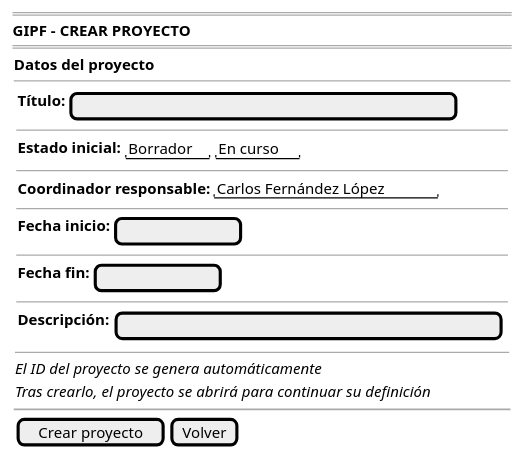
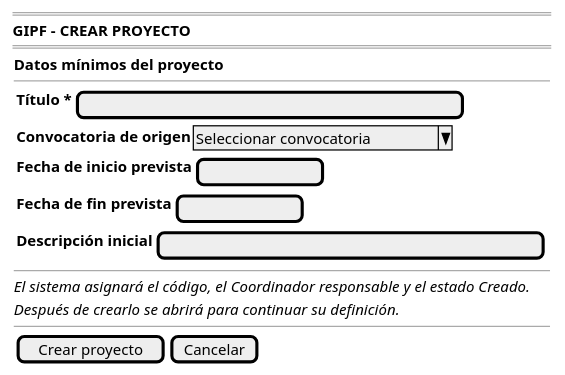
Before and after one commit to beatriizorozco/25-26-idsw2-sdVC: the diagram in RUP/00-casos-uso/02-detalle/coordinador/crearProyecto/prototipo.puml, drawn with PlantUML. The commit also changed 38 other files, not shown here.

```diff
--- a/RUP/00-casos-uso/02-detalle/coordinador/crearProyecto/prototipo.puml
+++ b/RUP/00-casos-uso/02-detalle/coordinador/crearProyecto/prototipo.puml
@@ -1,34 +1,23 @@
 @startsalt crearProyecto-wireframe
 {
     ====
     <b>GIPF - CREAR PROYECTO</b>
     ====
     {
-        <b>Datos del proyecto</b>
+        <b>Datos mínimos del proyecto</b>
         --
         {
-            {
-            {<b>Título:</b> | [                                      ]}
-            --
-            {<b>Estado inicial:</b> | { "Borrador" | "En curso" }}
-            --
-            {<b>Coordinador responsable:</b> | "Carlos Fernández López"}
-            --
-            {<b>Fecha inicio:</b> | [            ]}
-            --
-            {<b>Fecha fin:</b> | [            ]}
-            --
-            {<b>Descripción:</b> |
-                {[                                      ]}}
-            }
-            --
-            <i>El ID del proyecto se genera automáticamente</i>
-            <i>Tras crearlo, el proyecto se abrirá para continuar su definición</i>
+            {<b>Título *</b> | [                                      ]}
+            {<b>Convocatoria de origen</b> | ^Seleccionar convocatoria^}
+            {<b>Fecha de inicio prevista</b> | [            ]}
+            {<b>Fecha de fin prevista</b> | [            ]}
+            {<b>Descripción inicial</b> | [                                      ]}
         }
-
-        ~~
-
-        {[Crear proyecto] | [Volver]}
+        --
+        <i>El sistema asignará el código, el Coordinador responsable y el estado Creado.</i>
+        <i>Después de crearlo se abrirá para continuar su definición.</i>
+        --
+        {[Crear proyecto] | [Cancelar]}
     }
 }
 @endsalt
```
